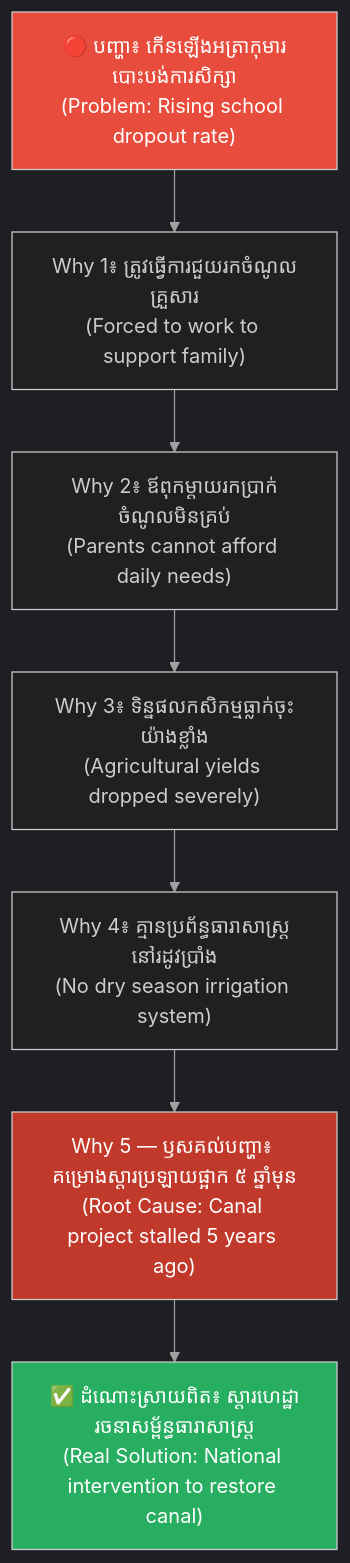
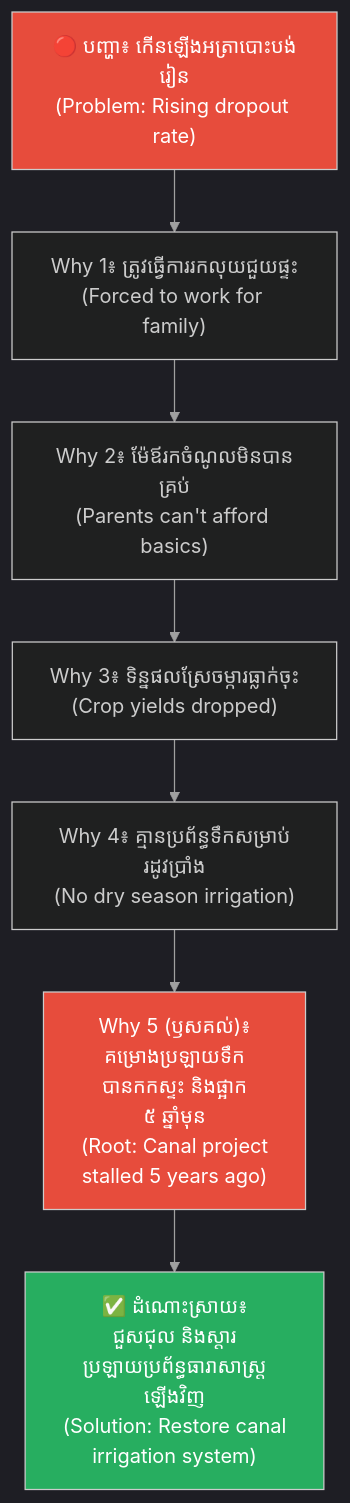
One commit to iblogger855/iblogger-feeds changed the seventh of 8 diagrams in feeds/concepts/articles/02-five-whys-technique.md. Above: the diagram before and after it, drawn with Mermaid. The commit also changed other lines of this file, not shown here.

Commit message:
docs: improve 02-five-whys-technique.md content layout and diagram styling

````diff
--- a/feeds/concepts/articles/02-five-whys-technique.md
+++ b/feeds/concepts/articles/02-five-whys-technique.md
@@ -413,22 +420,22 @@
 ```mermaid
 %%{init: {
   'theme': 'dark',
   'themeVariables': {
     'background': '#1e1e1e',
     'primaryTextColor': '#ffffff',
     'lineColor': '#a0a0a0'
   },
   'themeCSS': 'svg { background-color: #1e1e1e !important; padding: 1rem !important; border-radius: 8px !important; } .edgeLabel rect { fill: #1e1e1e !important; } text, tspan { fill: #ffffff !important; }'
 }}%%
 graph TD
-    A["🔴 បញ្ហា៖ កើនឡើងអត្រាកុមារបោះបង់ការសិក្សា<br/>(Problem: Rising school dropout rate)"] --> B["Why 1៖ ត្រូវធ្វើការជួយរកចំណូលគ្រួសារ<br/>(Forced to work to support family)"]
-    B --> C["Why 2៖ ឪពុកម្តាយរកប្រាក់ចំណូលមិនគ្រប់<br/>(Parents cannot afford daily needs)"]
-    C --> D["Why 3៖ ទិន្នផលកសិកម្មធ្លាក់ចុះយ៉ាងខ្លាំង<br/>(Agricultural yields dropped severely)"]
-    D --> E["Why 4៖ គ្មានប្រព័ន្ធធារាសាស្ត្រនៅរដូវប្រាំង<br/>(No dry season irrigation system)"]
-    E --> F["Why 5 — ឫសគល់បញ្ហា៖ គម្រោងស្តារប្រឡាយផ្អាក ៥ ឆ្នាំមុន<br/>(Root Cause: Canal project stalled 5 years ago)"]
-    F --> G["✅ ដំណោះស្រាយពិត៖ ស្តារហេដ្ឋារចនាសម្ព័ន្ធធារាសាស្ត្រ<br/>(Real Solution: National intervention to restore canal)"]
+    A["🔴 បញ្ហា៖ កើនឡើងអត្រាបោះបង់រៀន<br/>(Problem: Rising dropout rate)"] --> B["Why 1៖ ត្រូវធ្វើការរកលុយជួយផ្ទះ<br/>(Forced to work for family)"]
+    B --> C["Why 2៖ ម៉ែឪរកចំណូលមិនបានគ្រប់<br/>(Parents can't afford basics)"]
+    C --> D["Why 3៖ ទិន្នផលស្រែចម្ការធ្លាក់ចុះ<br/>(Crop yields dropped)"]
+    D --> E["Why 4៖ គ្មានប្រព័ន្ធទឹកសម្រាប់រដូវប្រាំង<br/>(No dry season irrigation)"]
+    E --> F["Why 5 (ឫសគល់)៖<br/>គម្រោងប្រឡាយទឹក<br/>បានកកស្ទះ និងផ្អាក<br/>៥ ឆ្នាំមុន<br/>(Root: Canal project<br/>stalled 5 years ago)"]
+    F --> G["✅ ដំណោះស្រាយ៖<br/>ជួសជុល និងស្តារ<br/>ប្រឡាយប្រព័ន្ធធារាសាស្ត្រ<br/>ឡើងវិញ<br/>(Solution: Restore canal<br/>irrigation system)"]
 
     style A fill:#e74c3c,color:#fff
-    style F fill:#c0392b,color:#fff
+    style F fill:#e74c3c,color:#fff
     style G fill:#27ae60,color:#fff
 ```
````
